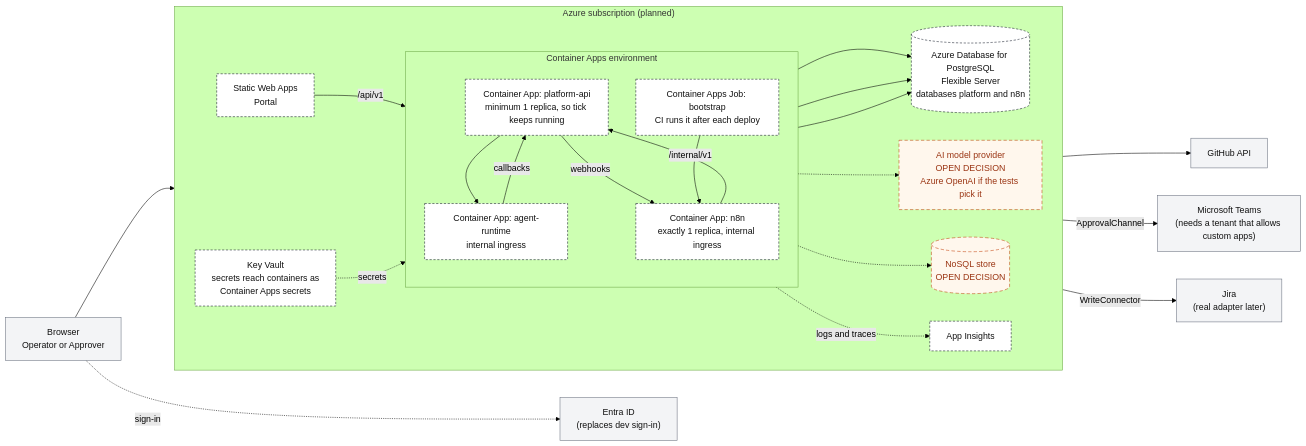
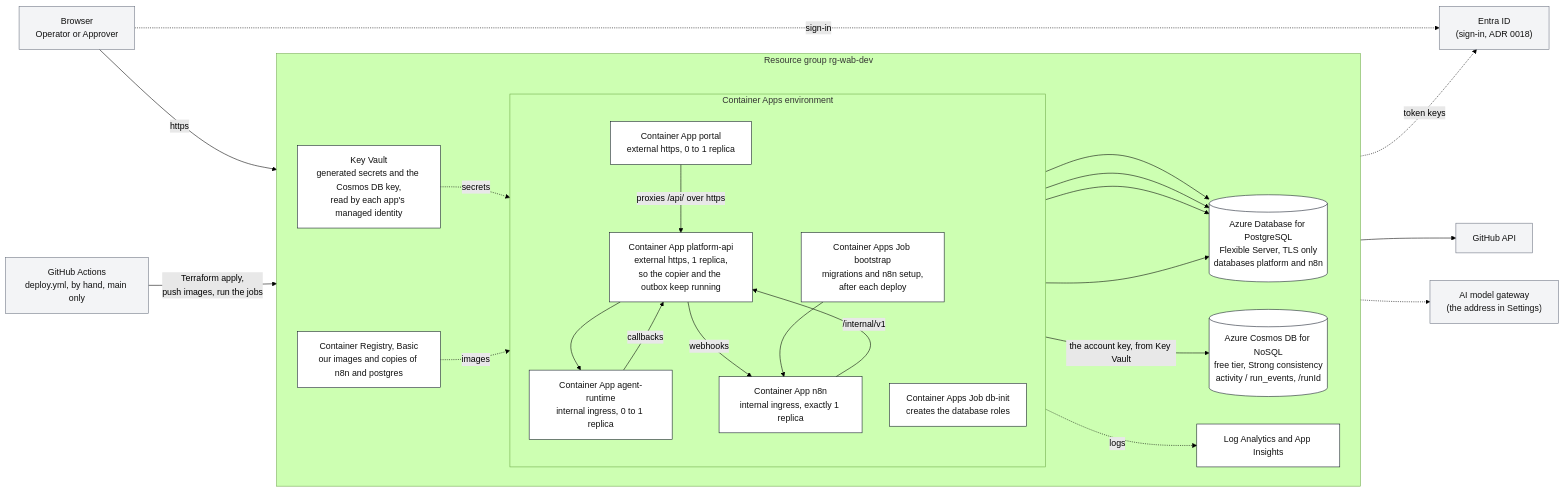
One commit to qj1e7/ai-agent-workflow-builder changed diagram 12 of 17 in docs/design/diagrams.md. Above: the diagram before and after it, drawn with Mermaid (forest theme). The commit also changed other lines of this file and 27 other files, not shown here.

First line of the commit message:
docs(docs): draw the rubric diagrams for the rebuilt app

````diff
--- a/docs/design/diagrams.md
+++ b/docs/design/diagrams.md
@@ -218,51 +1019,52 @@
 ```mermaid
 flowchart LR
     browser["Browser<br/>Operator or Approver"]
-    teams["Microsoft Teams<br/>(needs a tenant that allows custom apps)"]
-    jira["Jira<br/>(real adapter later)"]
+    entra["Entra ID<br/>(sign-in, ADR 0018)"]
     gh["GitHub API"]
-    entra["Entra ID<br/>(replaces dev sign-in)"]
+    model["AI model gateway<br/>(the address in Settings)"]
+    actions["GitHub Actions<br/>deploy.yml, by hand, main only"]
 
-    subgraph azure["Azure subscription (planned)"]
+    subgraph rg["Resource group rg-wab-dev"]
         direction LR
-        swa["Static Web Apps<br/>Portal"]
         subgraph aca["Container Apps environment"]
             direction TB
-            api["Container App: platform-api<br/>minimum 1 replica, so tick keeps running"]
-            agent["Container App: agent-runtime<br/>internal ingress"]
-            n8n["Container App: n8n<br/>exactly 1 replica, internal ingress"]
-            job["Container Apps Job: bootstrap<br/>CI runs it after each deploy"]
+            portal["Container App portal<br/>external https, 0 to 1 replica"]
+            api["Container App platform-api<br/>external https, 1 replica,<br/>so the copier and the outbox keep running"]
+            agent["Container App agent-runtime<br/>internal ingress, 0 to 1 replica"]
+            n8n["Container App n8n<br/>internal ingress, exactly 1 replica"]
+            dbinit["Container Apps Job db-init<br/>creates the database roles"]
+            boot["Container Apps Job bootstrap<br/>migrations and n8n setup,<br/>after each deploy"]
         end
-        pg[("Azure Database for PostgreSQL<br/>Flexible Server<br/>databases platform and n8n")]
-        kv["Key Vault<br/>secrets reach containers as<br/>Container Apps secrets"]
-        ai["App Insights"]
-        nosql[("NoSQL store<br/>OPEN DECISION")]
-        llm["AI model provider<br/>OPEN DECISION<br/>Azure OpenAI if the tests pick it"]
+        pg[("Azure Database for PostgreSQL<br/>Flexible Server, TLS only<br/>databases platform and n8n")]
+        cosmos[("Azure Cosmos DB for NoSQL<br/>free tier, Strong consistency<br/>activity / run_events, /runId")]
+        kv["Key Vault<br/>generated secrets and the Cosmos DB key,<br/>read by each app's managed identity"]
+        acr["Container Registry, Basic<br/>our images and copies of n8n and postgres"]
+        logs["Log Analytics and App Insights"]
     end
 
-    browser --> swa
-    swa -- "/api/v1" --> api
+    browser -- "https" --> portal
+    portal -- "proxies /api/ over https" --> api
     browser -. "sign-in" .-> entra
+    api -. "token keys" .-> entra
     api --> agent
     agent -- "callbacks" --> api
     api -- "webhooks" --> n8n
     n8n -- "/internal/v1" --> api
-    job --> pg
-    job --> n8n
     api --> pg
     n8n --> pg
+    dbinit --> pg
+    boot --> pg
+    boot --> n8n
+    api -- "the account key, from Key Vault" --> cosmos
     agent --> gh
-    agent -.-> llm
-    api -- "ApprovalChannel" --> teams
-    api -- "WriteConnector" --> jira
-    api -.-> nosql
+    agent -.-> model
     kv -. "secrets" .-> aca
-    aca -. "logs and traces" .-> ai
+    acr -. "images" .-> aca
+    aca -. "logs" .-> logs
+    actions -- "Terraform apply,<br/>push images, run the jobs" --> rg
 
-    classDef planned fill:#ffffff,stroke:#111827,stroke-dasharray:4 3,color:#111
-    classDef open fill:#fff7ed,stroke:#c2410c,stroke-dasharray:6 4,color:#9a3412
+    classDef az fill:#ffffff,stroke:#111827,color:#111
     classDef ext fill:#f3f4f6,stroke:#6b7280,color:#111
-    class swa,api,agent,n8n,job,pg,kv,ai planned
-    class nosql,llm open
-    class browser,teams,jira,gh,entra ext
+    class portal,api,agent,n8n,dbinit,boot,pg,cosmos,kv,acr,logs az
+    class browser,entra,gh,model,actions ext
 ```
````
